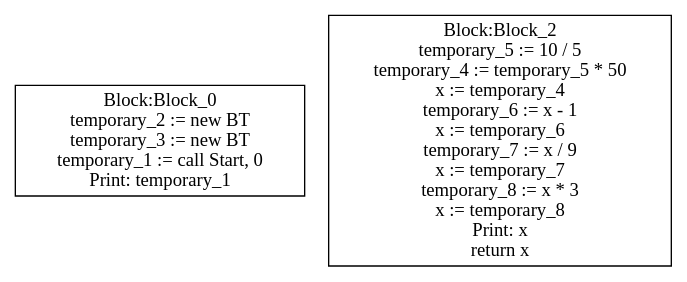
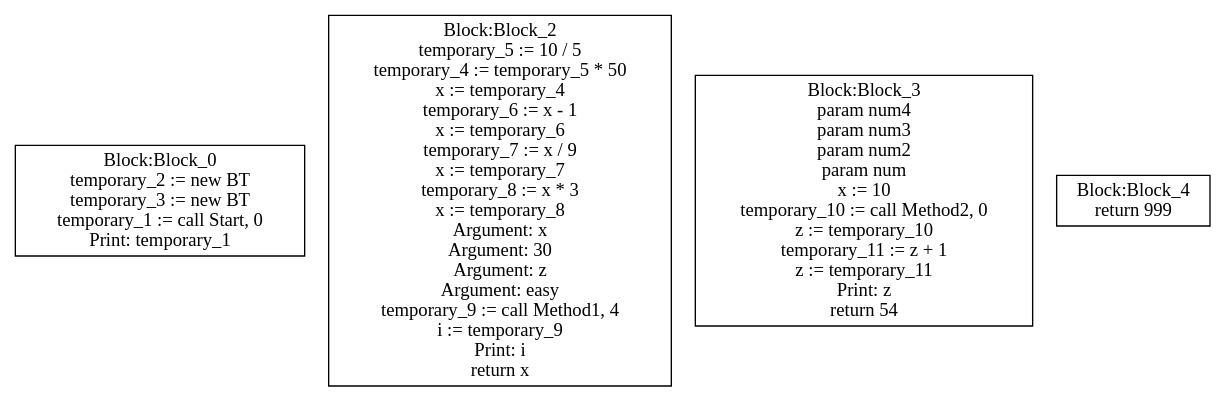
Before and after one commit to moondog-matthew/compiler-dv1655: the diagram in lab3/CFG-tree.dot, drawn with Graphviz. The commit also changed 3 other files, not shown here.

```diff
--- a/lab3/CFG-tree.dot
+++ b/lab3/CFG-tree.dot
@@ -1,21 +1,41 @@
 digraph {
 graph [ splines = ortho ]
 	node [ shape = box ];
 Block_0 [label="Block:Block_0
 temporary_2 := new BT
 temporary_3 := new BT
 temporary_1 := call Start, 0
 Print: temporary_1"];
 Block_2 [label="Block:Block_2
 temporary_5 := 10 / 5
 temporary_4 := temporary_5 * 50
 x := temporary_4
 temporary_6 := x - 1
 x := temporary_6
 temporary_7 := x / 9
 x := temporary_7
 temporary_8 := x * 3
 x := temporary_8
-Print: x
+Argument: x
+Argument: 30
+Argument: z
+Argument: easy
+temporary_9 := call Method1, 4
+i := temporary_9
+Print: i
 return x"];
+Block_3 [label="Block:Block_3
+param num4
+param num3
+param num2
+param num
+x := 10
+temporary_10 := call Method2, 0
+z := temporary_10
+temporary_11 := z + 1
+z := temporary_11
+Print: z
+return 54"];
+Block_4 [label="Block:Block_4
+return 999"];
 }
```
